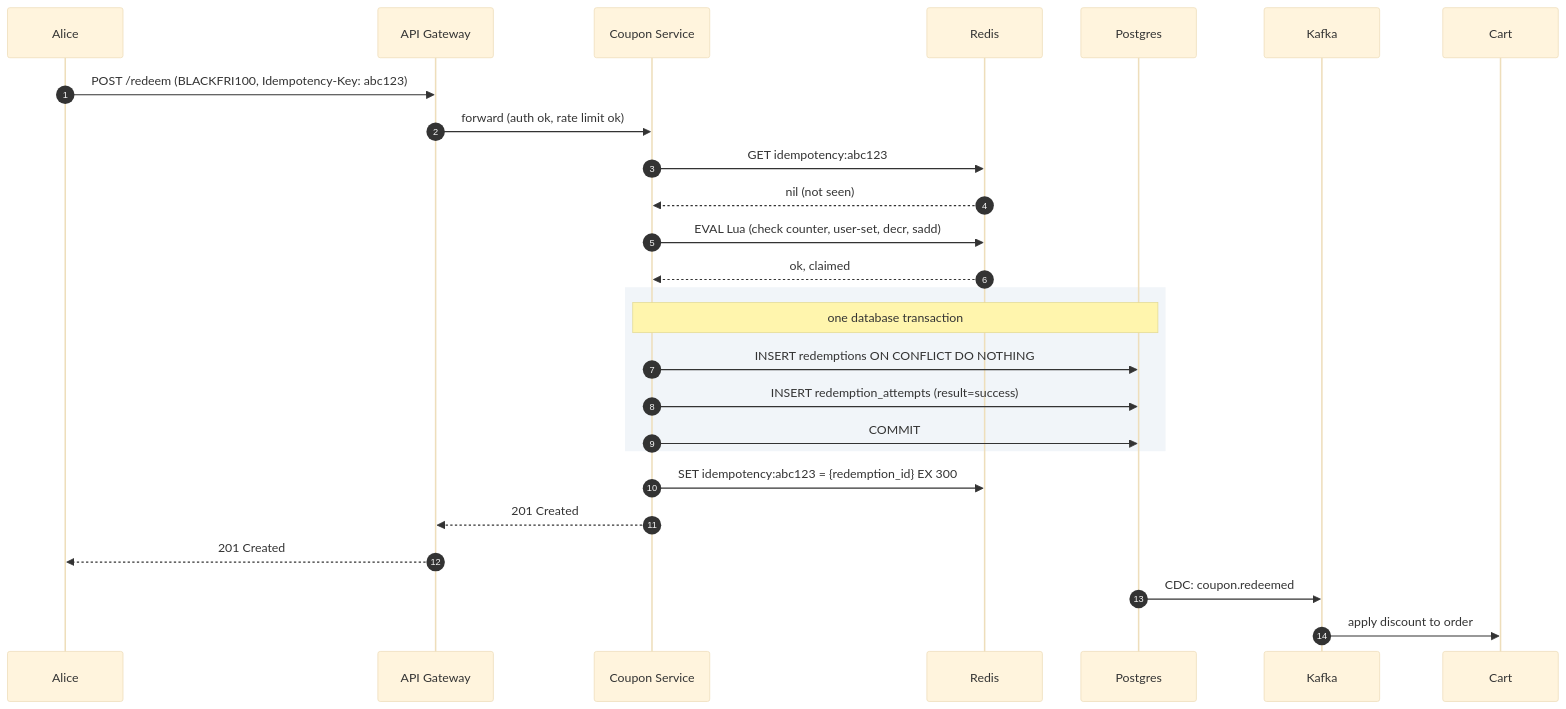
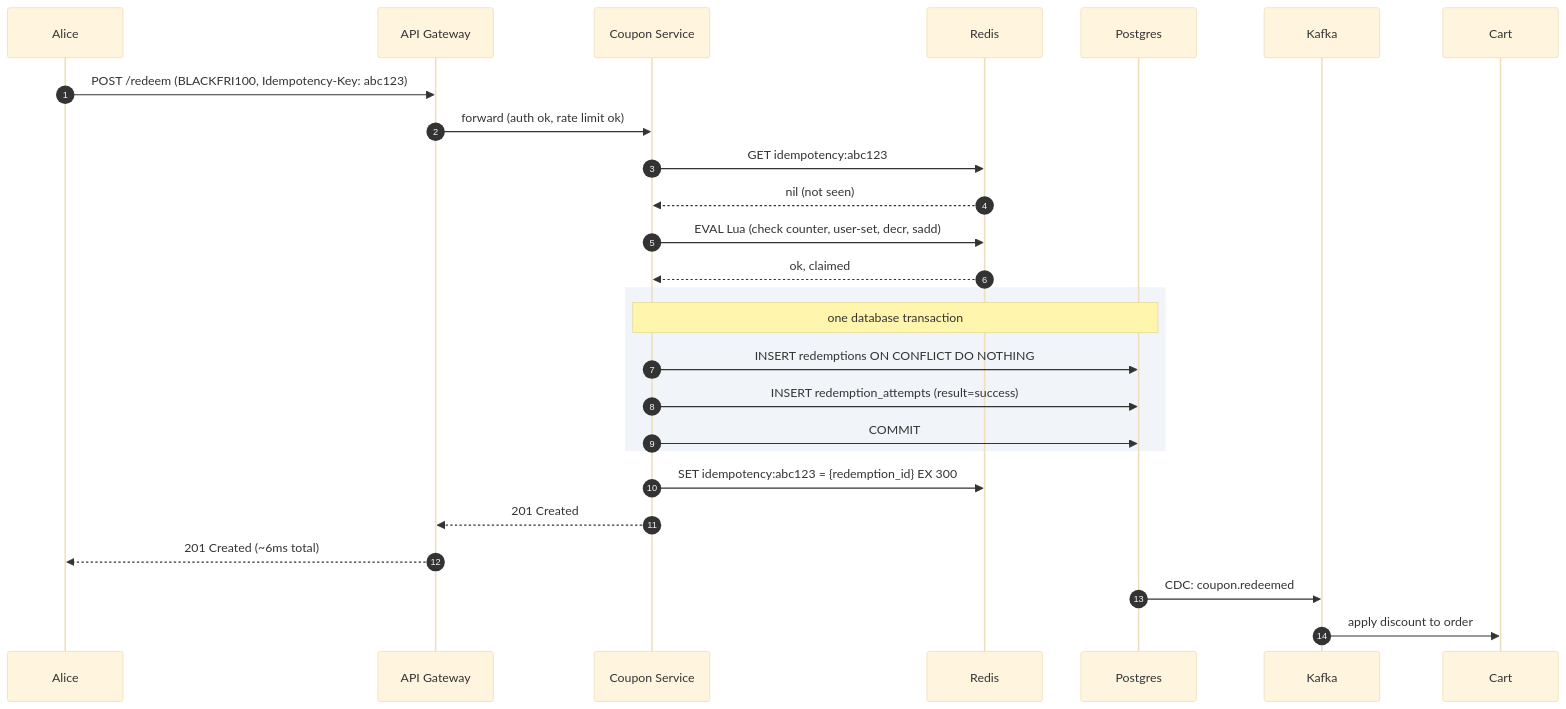
The third of 4 diagrams in problems/014-coupon-redemption/solution.md (shiningflash/system-design), drawn with Mermaid (base theme) before and after one commit. The commit also changed other lines of this file and 37 other files, not shown here.

````diff
--- a/problems/014-coupon-redemption/solution.md
+++ b/problems/014-coupon-redemption/solution.md
@@ -364,31 +357,31 @@
 ```mermaid
 sequenceDiagram
     autonumber
     participant Alice
     participant GW as API Gateway
     participant S as Coupon Service
     participant R as Redis
     participant DB as Postgres
     participant K as Kafka
     participant Cart
 
     Alice->>GW: POST /redeem (BLACKFRI100, Idempotency-Key: abc123)
     GW->>S: forward (auth ok, rate limit ok)
     S->>R: GET idempotency:abc123
     R-->>S: nil (not seen)
     S->>R: EVAL Lua (check counter, user-set, decr, sadd)
     R-->>S: ok, claimed
 
     rect rgb(241, 245, 249)
         Note over S,DB: one database transaction
         S->>DB: INSERT redemptions ON CONFLICT DO NOTHING
         S->>DB: INSERT redemption_attempts (result=success)
         S->>DB: COMMIT
     end
 
     S->>R: SET idempotency:abc123 = {redemption_id} EX 300
     S-->>GW: 201 Created
-    GW-->>Alice: 201 Created
+    GW-->>Alice: 201 Created (~6ms total)
     DB->>K: CDC: coupon.redeemed
     K->>Cart: apply discount to order
 ```
````
